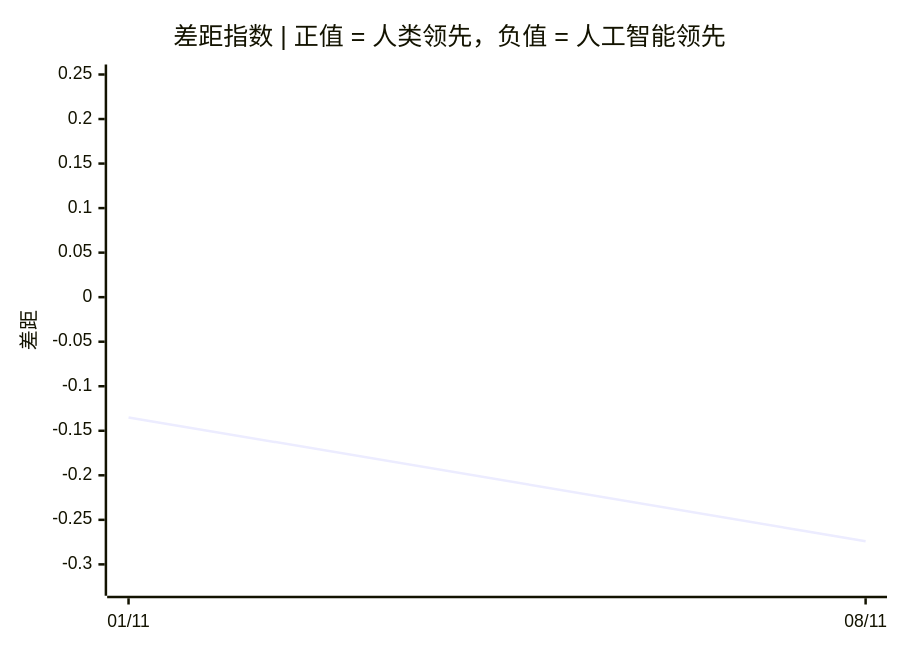
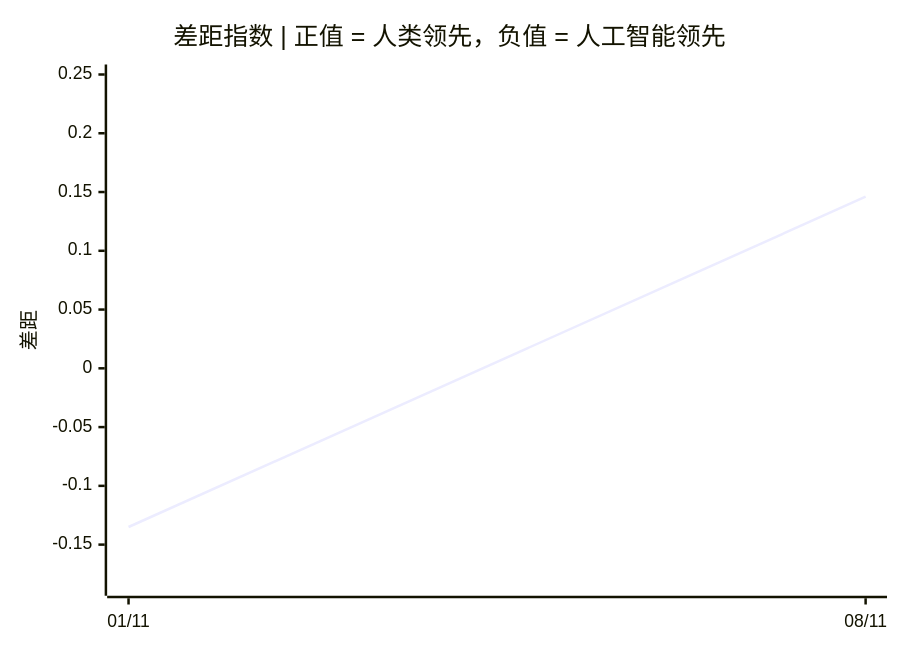
The second of 3 diagrams in README.zh.md (VQQLK/Human-AI-Monitor), drawn with Mermaid before and after one commit. The commit also changed other lines of this file and 4 other files, not shown here.

````diff
--- a/README.zh.md
+++ b/README.zh.md
@@ -46,7 +46,7 @@
 ```mermaid
 xychart-beta
     title "差距指数 | 正值 = 人类领先，负值 = 人工智能领先"
     x-axis ["01/11", "08/11"]
-    y-axis "差距" -0.324 --> 0.250
-    line [-0.135, -0.274]
+    y-axis "差距" -0.185 --> 0.250
+    line [-0.135, 0.146]
 ```
````
